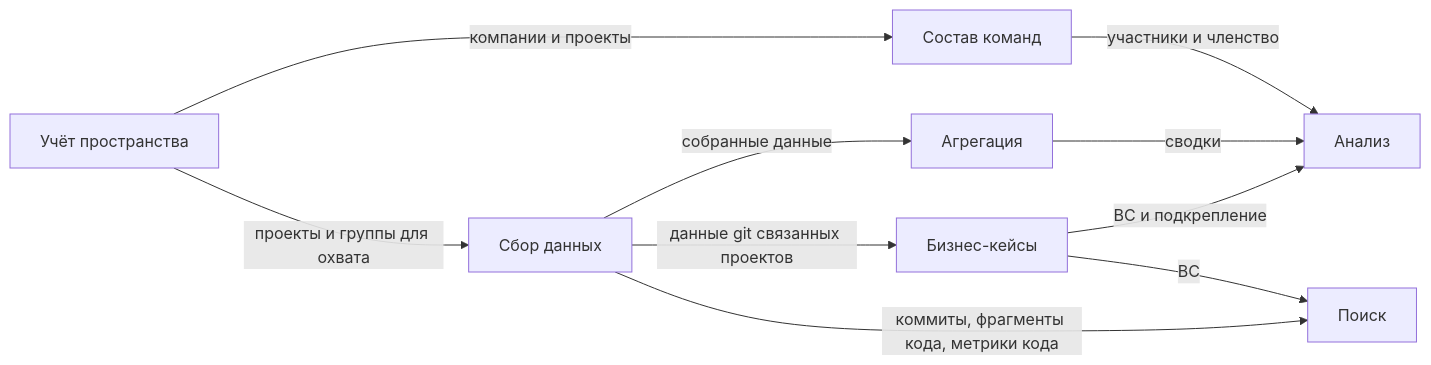
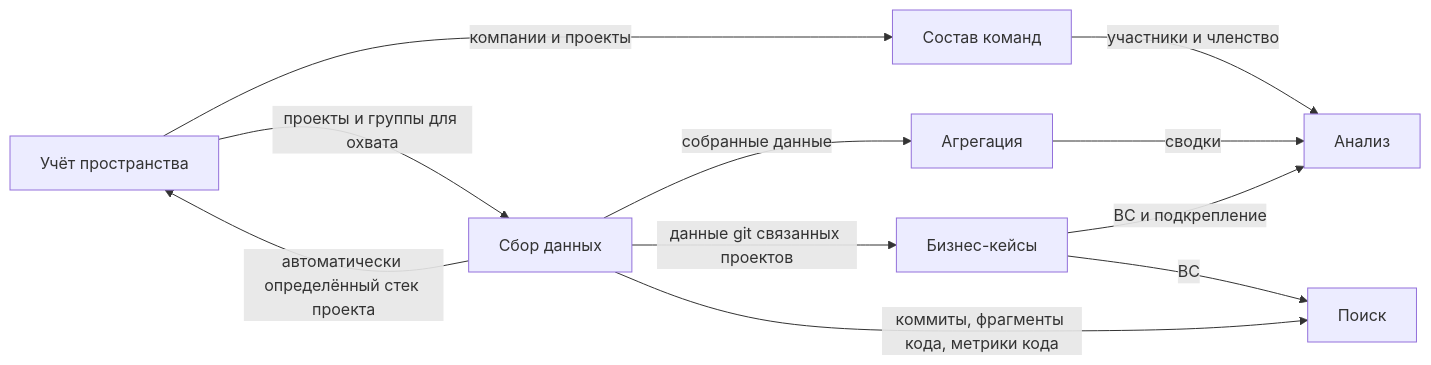
One commit to united-software-platform/workspace changed the diagram in docs/glossary.md. Above: the diagram before and after it, drawn with Mermaid. The commit also changed other lines of this file, not shown here.

First line of the commit message:
WRSP-007: дополнить глоссарий стеком проекта

````diff
--- a/docs/glossary.md
+++ b/docs/glossary.md
@@ -39,20 +39,21 @@
 ```mermaid
 flowchart LR
     REG[Учёт пространства]
     TEAM[Состав команд]
     COL[Сбор данных]
     AGG[Агрегация]
     BC[Бизнес-кейсы]
     AN[Анализ]
     SRCH[Поиск]
 
     REG -->|компании и проекты| TEAM
     REG -->|проекты и группы для охвата| COL
     COL -->|собранные данные| AGG
+    COL -->|автоматически определённый стек проекта| REG
     COL -->|данные git связанных проектов| BC
     COL -->|коммиты, фрагменты кода, метрики кода| SRCH
     AGG -->|сводки| AN
     TEAM -->|участники и членство| AN
     BC -->|BC и подкрепление| AN
     BC -->|BC| SRCH
 ```
````
